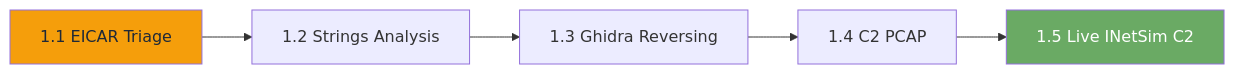
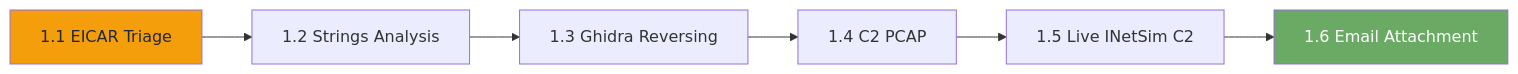
One commit to RobChaykoski/opencyberrange changed the diagram in Workbook/CH_MAL01_Malware_Fundamentals/00_Introduction.md. Above: the diagram before and after it, drawn with Mermaid. The commit also changed other lines of this file and 32 other files, not shown here.

Commit message:
feat(malware): add email attachment and PE header labs; workbook, dashboard, achievements, and defense content

````diff
--- a/Workbook/CH_MAL01_Malware_Fundamentals/00_Introduction.md
+++ b/Workbook/CH_MAL01_Malware_Fundamentals/00_Introduction.md
@@ -70,9 +73,10 @@
 ```mermaid
 graph LR
     A["1.1 EICAR Triage"] --> B["1.2 Strings Analysis"]
     B --> C["1.3 Ghidra Reversing"]
     C --> D["1.4 C2 PCAP"]
     D --> E["1.5 Live INetSim C2"]
+    E --> F["1.6 Email Attachment"]
     style A fill:#f59e0b,color:#1f2937
-    style E fill:#6aaa64,color:#fff
+    style F fill:#6aaa64,color:#fff
 ```
````
